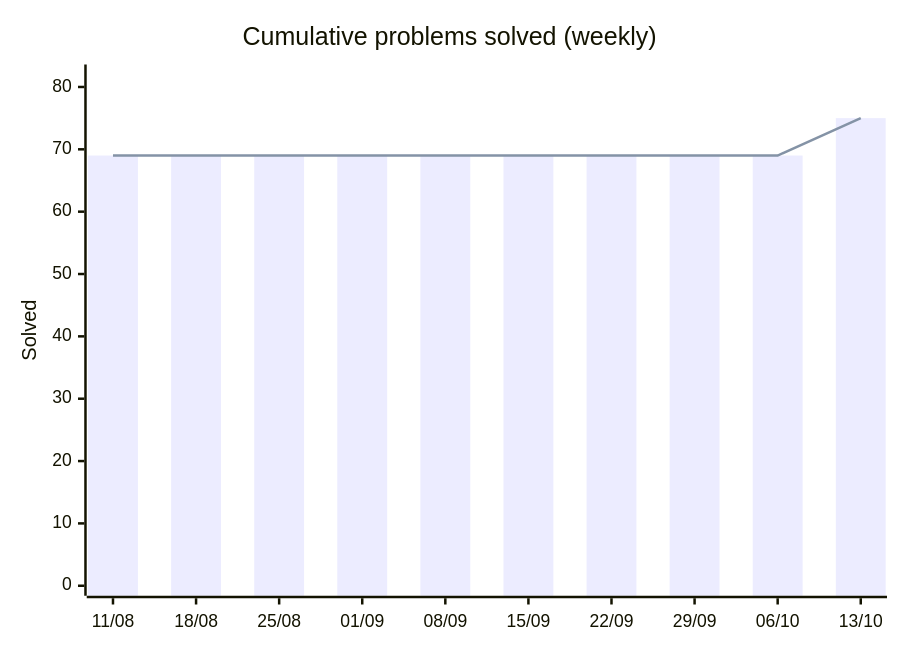
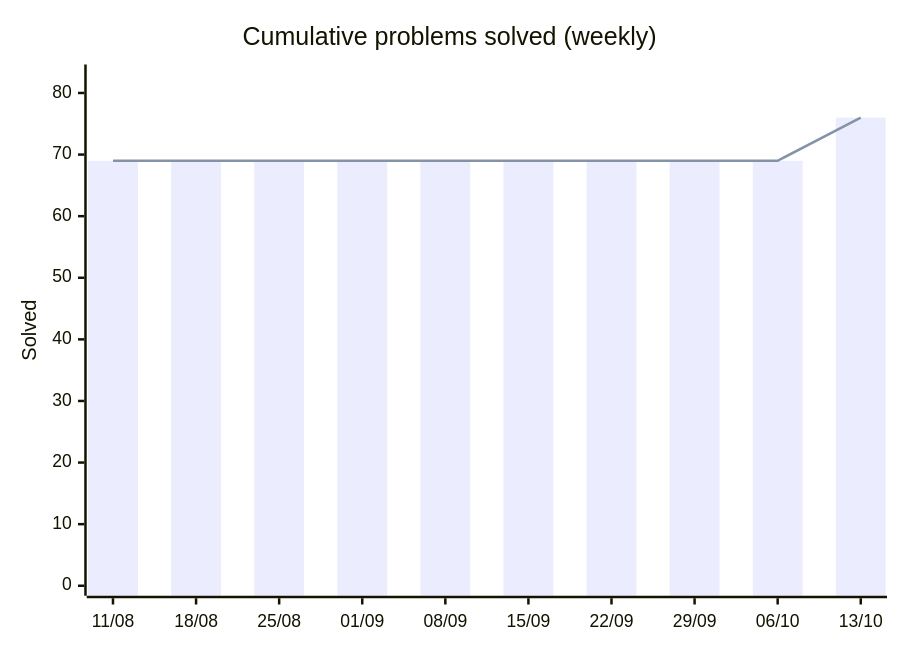
Before and after one commit to HarryTrn/TensorTonic-Solutions: the first of 2 diagrams in README.md, drawn with Mermaid. The commit also changed other lines of this file, not shown here.

````diff
--- a/README.md
+++ b/README.md
@@ -65,8 +65,8 @@
 ```mermaid
 xychart-beta
     title "Cumulative problems solved (weekly)"
     x-axis ["11/08", "18/08", "25/08", "01/09", "08/09", "15/09", "22/09", "29/09", "06/10", "13/10"]
-    y-axis "Solved" 0 --> 82
-    bar [69, 69, 69, 69, 69, 69, 69, 69, 69, 75]
-    line [69, 69, 69, 69, 69, 69, 69, 69, 69, 75]
+    y-axis "Solved" 0 --> 83
+    bar [69, 69, 69, 69, 69, 69, 69, 69, 69, 76]
+    line [69, 69, 69, 69, 69, 69, 69, 69, 69, 76]
 ```
````
